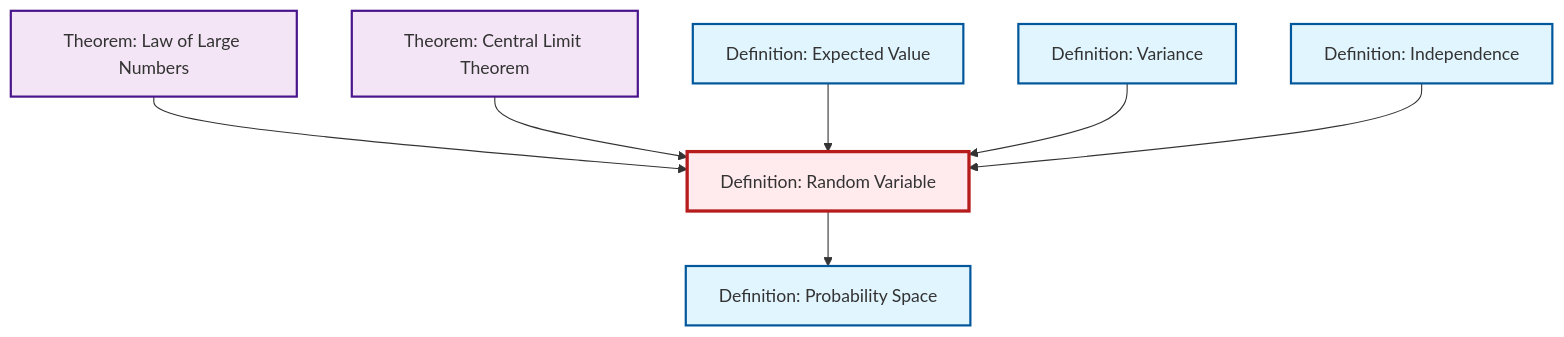
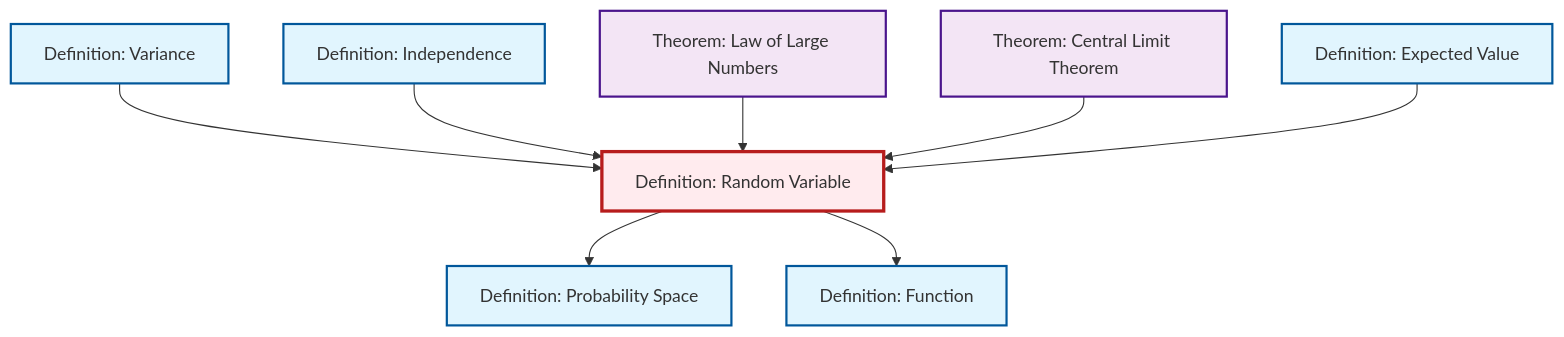
Before and after one commit to RK0429/ModernMath: the diagram in content/ja/probability-statistics/def-random-variable.qmd, drawn with Mermaid. The commit also changed 554 other files, not shown here.

````diff
--- a/content/ja/probability-statistics/def-random-variable.qmd
+++ b/content/ja/probability-statistics/def-random-variable.qmd
@@ -49,29 +49,32 @@
 ```{mermaid}
 %%| fig-cap: "Local dependency graph"
 graph TD
     classDef definition fill:#e1f5fe,stroke:#01579b,stroke-width:2px
     classDef theorem fill:#f3e5f5,stroke:#4a148c,stroke-width:2px
     classDef axiom fill:#fff3e0,stroke:#e65100,stroke-width:2px
     classDef example fill:#e8f5e9,stroke:#1b5e20,stroke-width:2px
     classDef current fill:#ffebee,stroke:#b71c1c,stroke-width:3px
+    def-variance["Definition: Variance"]:::definition
     def-random-variable["Definition: Random Variable"]:::definition
-    def-expectation["Definition: Expected Value"]:::definition
     thm-law-of-large-numbers["Theorem: Law of Large Numbers"]:::theorem
     def-probability-space["Definition: Probability Space"]:::definition
+    thm-central-limit["Theorem: Central Limit Theorem"]:::theorem
     def-independence["Definition: Independence"]:::definition
-    thm-central-limit["Theorem: Central Limit Theorem"]:::theorem
-    def-variance["Definition: Variance"]:::definition
+    def-function["Definition: Function"]:::definition
+    def-expectation["Definition: Expected Value"]:::definition
+    def-random-variable --> def-probability-space
+    def-variance --> def-random-variable
+    def-random-variable --> def-function
+    def-independence --> def-random-variable
     thm-law-of-large-numbers --> def-random-variable
     thm-central-limit --> def-random-variable
-    def-random-variable --> def-probability-space
     def-expectation --> def-random-variable
-    def-variance --> def-random-variable
-    def-independence --> def-random-variable
     class def-random-variable current
-    click def-expectation "def-expectation.html" "Definition: Expected Valueへ"
+    click def-variance "def-variance.html" "Definition: Varianceへ"
     click thm-law-of-large-numbers "thm-law-of-large-numbers.html" "Theorem: Law of Large Numbersへ"
     click def-probability-space "def-probability-space.html" "Definition: Probability Spaceへ"
+    click thm-central-limit "thm-central-limit.html" "Theorem: Central Limit Theoremへ"
     click def-independence "def-independence.html" "Definition: Independenceへ"
-    click thm-central-limit "thm-central-limit.html" "Theorem: Central Limit Theoremへ"
-    click def-variance "def-variance.html" "Definition: Varianceへ"
+    click def-function "def-function.html" "Definition: Functionへ"
+    click def-expectation "def-expectation.html" "Definition: Expected Valueへ"
 ```
````
